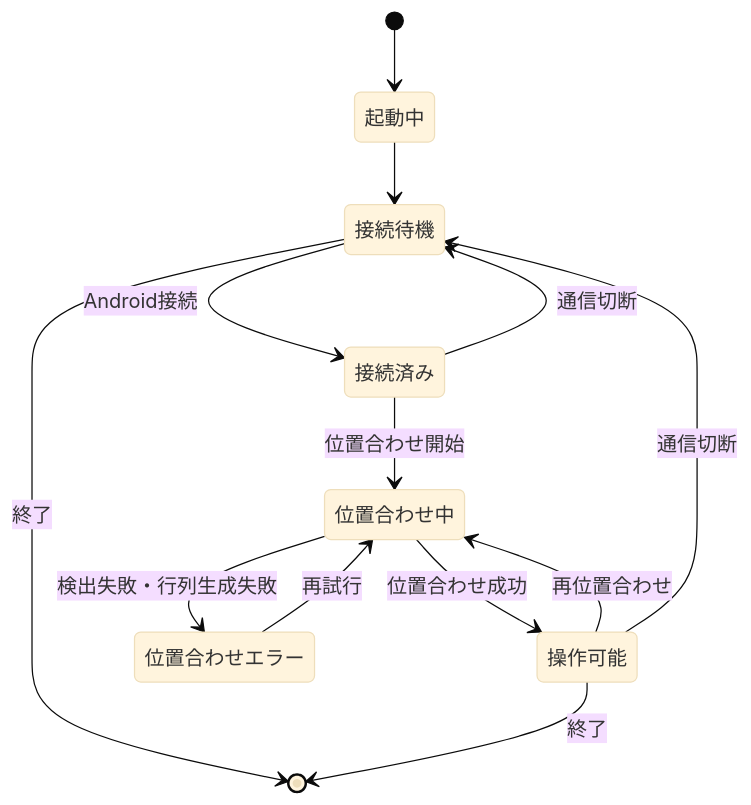
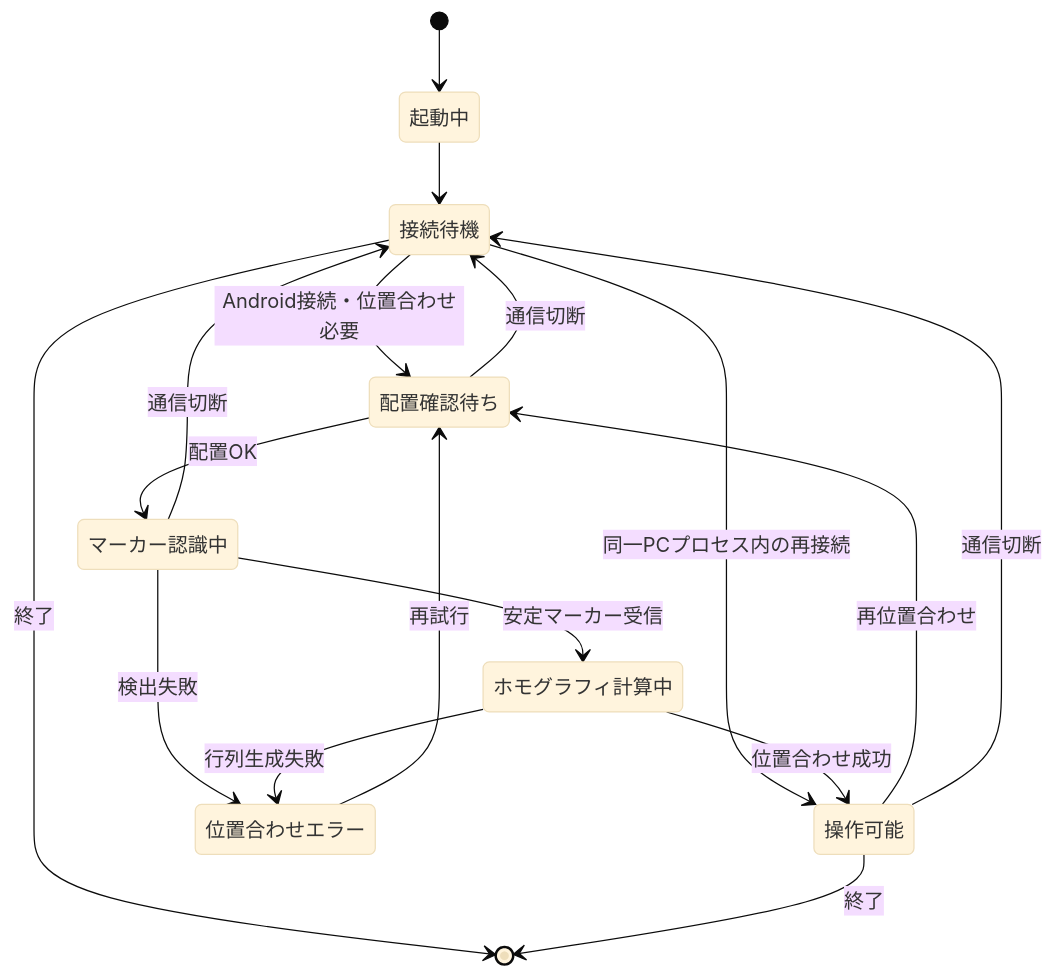
One commit to KIT-DevelopersHub/screact changed the third of 26 diagrams in docs/desktop/desktop-app-requirements.md. Above: the diagram before and after it, drawn with Mermaid (base theme). The commit also changed other lines of this file and 11 other files, not shown here.

````diff
--- a/docs/desktop/desktop-app-requirements.md
+++ b/docs/desktop/desktop-app-requirements.md
@@ -164,15 +166,19 @@
 ```mermaid
 stateDiagram-v2
     [*] --> 起動中
     起動中 --> 接続待機
-    接続待機 --> 接続済み: Android接続
-    接続済み --> 位置合わせ中: 位置合わせ開始
-    位置合わせ中 --> 操作可能: 位置合わせ成功
-    位置合わせ中 --> 位置合わせエラー: 検出失敗・行列生成失敗
-    位置合わせエラー --> 位置合わせ中: 再試行
-    操作可能 --> 位置合わせ中: 再位置合わせ
+    接続待機 --> 配置確認待ち: Android接続・位置合わせ必要
+    接続待機 --> 操作可能: 同一PCプロセス内の再接続
+    配置確認待ち --> マーカー認識中: 配置OK
+    マーカー認識中 --> ホモグラフィ計算中: 安定マーカー受信
+    ホモグラフィ計算中 --> 操作可能: 位置合わせ成功
+    マーカー認識中 --> 位置合わせエラー: 検出失敗
+    ホモグラフィ計算中 --> 位置合わせエラー: 行列生成失敗
+    位置合わせエラー --> 配置確認待ち: 再試行
+    操作可能 --> 配置確認待ち: 再位置合わせ
     操作可能 --> 接続待機: 通信切断
-    接続済み --> 接続待機: 通信切断
+    配置確認待ち --> 接続待機: 通信切断
+    マーカー認識中 --> 接続待機: 通信切断
     接続待機 --> [*]: 終了
     操作可能 --> [*]: 終了
 ```
````
